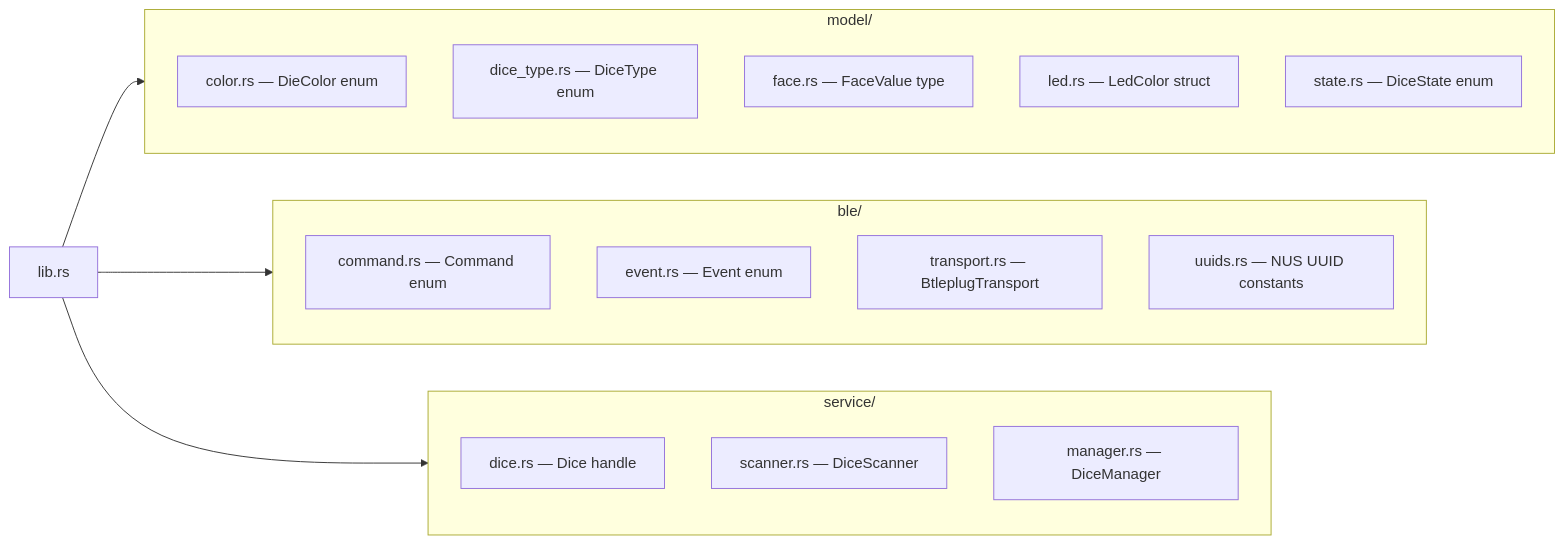
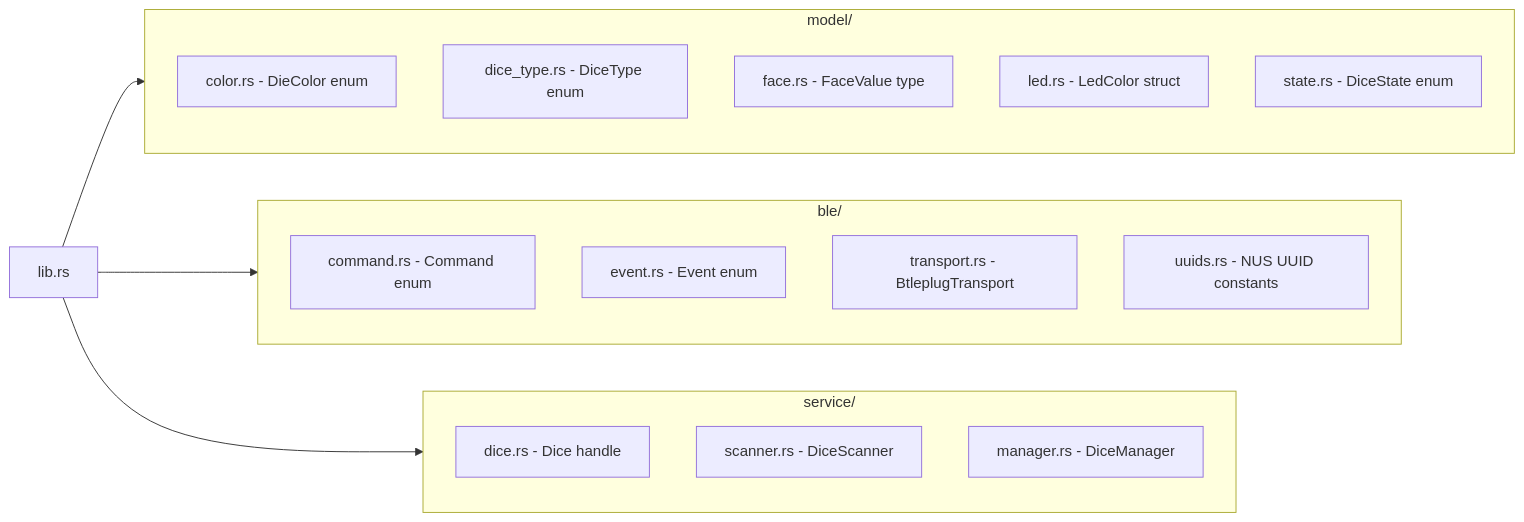
Before and after one commit to smearor/dice-rs: the third of 34 diagrams in concepts/planned/DICE_RS.md, drawn with Mermaid. The commit also changed other lines of this file and 35 other files, not shown here.

````diff
--- a/concepts/planned/DICE_RS.md
+++ b/concepts/planned/DICE_RS.md
@@ -250,29 +250,29 @@
 ```mermaid
 flowchart LR
     lib["lib.rs"]
 
     subgraph model["model/"]
-        color["color.rs — DieColor enum"]
-        diceType["dice_type.rs — DiceType enum"]
-        face["face.rs — FaceValue type"]
-        led["led.rs — LedColor struct"]
-        state["state.rs — DiceState enum"]
+        color["color.rs - DieColor enum"]
+        diceType["dice_type.rs - DiceType enum"]
+        face["face.rs - FaceValue type"]
+        led["led.rs - LedColor struct"]
+        state["state.rs - DiceState enum"]
     end
 
     subgraph ble["ble/"]
-        command["command.rs — Command enum"]
-        event["event.rs — Event enum"]
-        transport["transport.rs — BtleplugTransport"]
-        uuids["uuids.rs — NUS UUID constants"]
+        command["command.rs - Command enum"]
+        event["event.rs - Event enum"]
+        transport["transport.rs - BtleplugTransport"]
+        uuids["uuids.rs - NUS UUID constants"]
     end
 
     subgraph service["service/"]
-        dice["dice.rs — Dice handle"]
-        scanner["scanner.rs — DiceScanner"]
-        manager["manager.rs — DiceManager"]
+        dice["dice.rs - Dice handle"]
+        scanner["scanner.rs - DiceScanner"]
+        manager["manager.rs - DiceManager"]
     end
 
     lib --> model
     lib --> ble
     lib --> service
 ```
````
